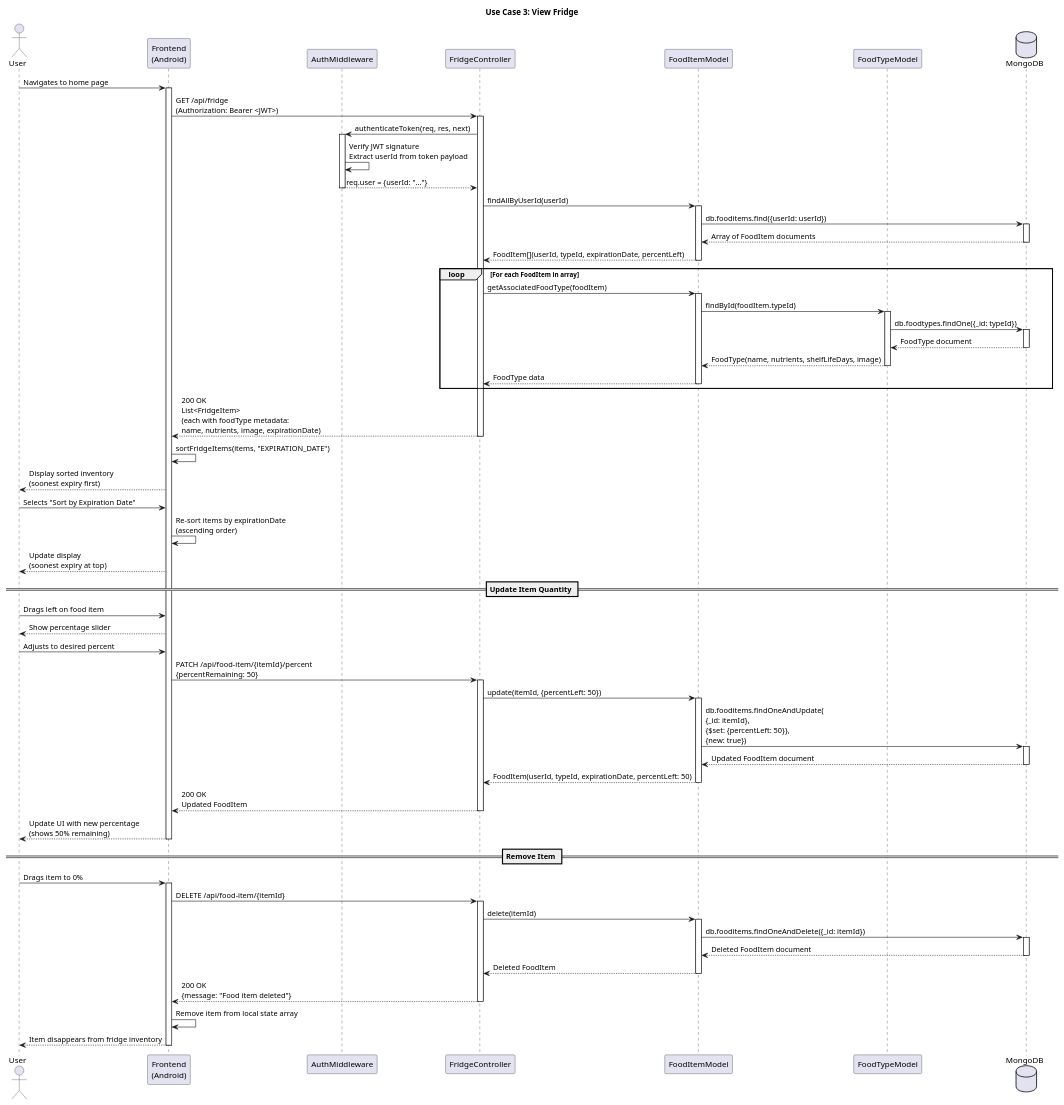
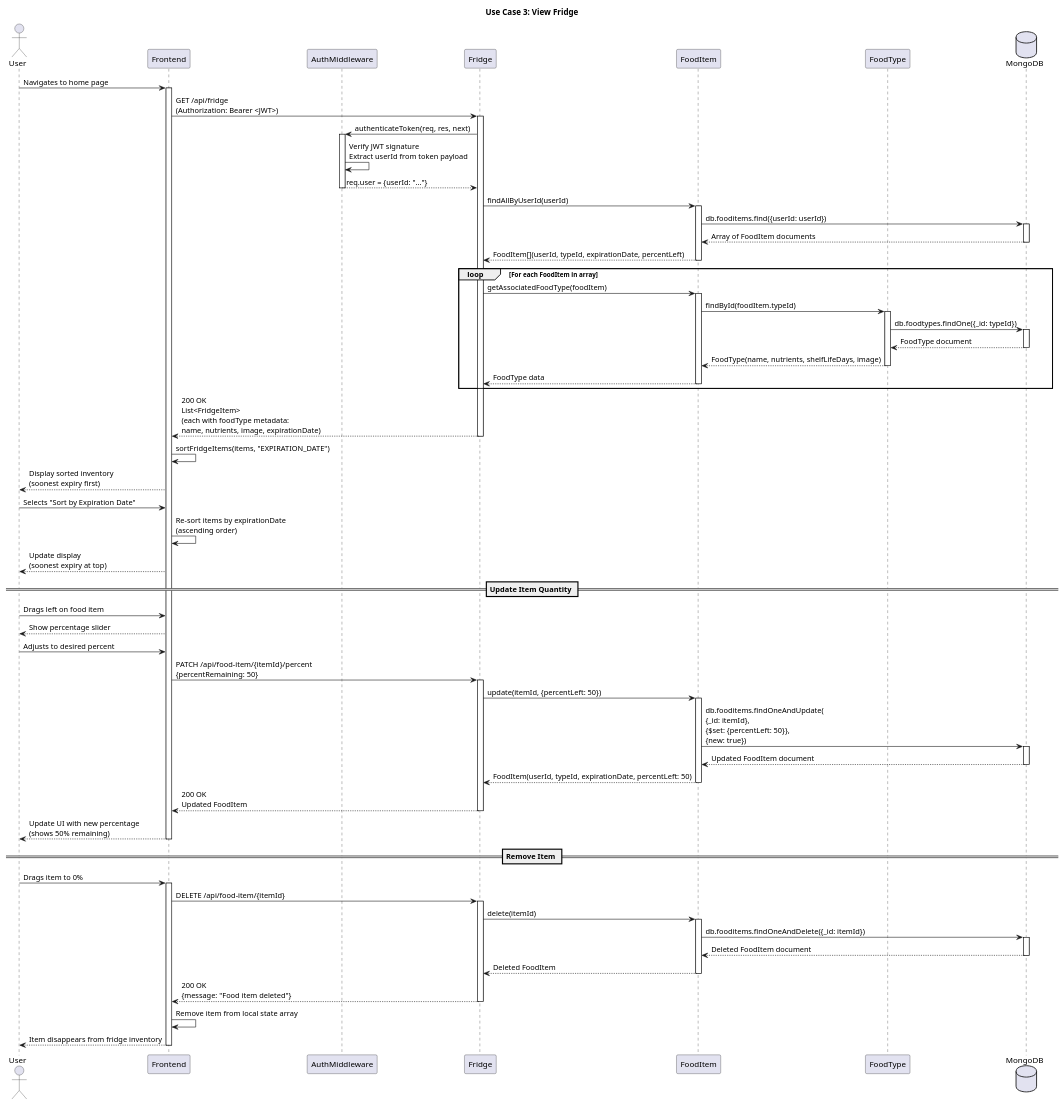
The diagram in documentation/diagrams/viewFridgeDiagram.plantuml (virtualfridge/virtualfridge), drawn with PlantUML before and after one commit. The commit also changed 3 other files, not shown here.

```diff
--- a/documentation/diagrams/viewFridgeDiagram.plantuml
+++ b/documentation/diagrams/viewFridgeDiagram.plantuml
@@ -1,99 +1,99 @@
 @startuml
 title Use Case 3: View Fridge
 
 actor User
-participant "Frontend\n(Android)" as Frontend
+participant "Frontend" as Frontend
 participant "AuthMiddleware" as Auth
-participant "FridgeController" as Controller
-participant "FoodItemModel" as FoodItemModel
-participant "FoodTypeModel" as FoodTypeModel
+participant "Fridge" as Controller
+participant "FoodItem" as FoodItemModel
+participant "FoodType" as FoodTypeModel
 database "MongoDB" as DB
 
 User -> Frontend: Navigates to home page
 activate Frontend
 Frontend -> Controller: GET /api/fridge\n(Authorization: Bearer <JWT>)
 activate Controller
 
 Controller -> Auth: authenticateToken(req, res, next)
 activate Auth
 Auth -> Auth: Verify JWT signature\nExtract userId from token payload
 Auth --> Controller: req.user = {userId: "..."}
 deactivate Auth
 
 Controller -> FoodItemModel: findAllByUserId(userId)
 activate FoodItemModel
 FoodItemModel -> DB: db.fooditems.find({userId: userId})
 activate DB
 DB --> FoodItemModel: Array of FoodItem documents
 deactivate DB
 FoodItemModel --> Controller: FoodItem[](userId, typeId, expirationDate, percentLeft)
 deactivate FoodItemModel
 
 loop For each FoodItem in array
     Controller -> FoodItemModel: getAssociatedFoodType(foodItem)
     activate FoodItemModel
     FoodItemModel -> FoodTypeModel: findById(foodItem.typeId)
     activate FoodTypeModel
     FoodTypeModel -> DB: db.foodtypes.findOne({_id: typeId})
     activate DB
     DB --> FoodTypeModel: FoodType document
     deactivate DB
     FoodTypeModel --> FoodItemModel: FoodType(name, nutrients, shelfLifeDays, image)
     deactivate FoodTypeModel
     FoodItemModel --> Controller: FoodType data
     deactivate FoodItemModel
 end
 
 Controller --> Frontend: 200 OK\nList<FridgeItem>\n(each with foodType metadata:\nname, nutrients, image, expirationDate)
 deactivate Controller
 
 Frontend -> Frontend: sortFridgeItems(items, "EXPIRATION_DATE")
 Frontend --> User: Display sorted inventory\n(soonest expiry first)
 
 User -> Frontend: Selects "Sort by Expiration Date"
 Frontend -> Frontend: Re-sort items by expirationDate\n(ascending order)
 Frontend --> User: Update display\n(soonest expiry at top)
 
 == Update Item Quantity ==
 User -> Frontend: Drags left on food item
 Frontend --> User: Show percentage slider
 User -> Frontend: Adjusts to desired percent
 Frontend -> Controller: PATCH /api/food-item/{itemId}/percent\n{percentRemaining: 50}
 activate Controller
 
 Controller -> FoodItemModel: update(itemId, {percentLeft: 50})
 activate FoodItemModel
 FoodItemModel -> DB: db.fooditems.findOneAndUpdate(\n{_id: itemId},\n{$set: {percentLeft: 50}},\n{new: true})
 activate DB
 DB --> FoodItemModel: Updated FoodItem document
 deactivate DB
 FoodItemModel --> Controller: FoodItem(userId, typeId, expirationDate, percentLeft: 50)
 deactivate FoodItemModel
 
 Controller --> Frontend: 200 OK\nUpdated FoodItem
 deactivate Controller
 Frontend --> User: Update UI with new percentage\n(shows 50% remaining)
 deactivate Frontend
 
 == Remove Item ==
 User -> Frontend: Drags item to 0%
 activate Frontend
 Frontend -> Controller: DELETE /api/food-item/{itemId}
 activate Controller
 
 Controller -> FoodItemModel: delete(itemId)
 activate FoodItemModel
 FoodItemModel -> DB: db.fooditems.findOneAndDelete({_id: itemId})
 activate DB
 DB --> FoodItemModel: Deleted FoodItem document
 deactivate DB
 FoodItemModel --> Controller: Deleted FoodItem
 deactivate FoodItemModel
 
 Controller --> Frontend: 200 OK\n{message: "Food item deleted"}
 deactivate Controller
 Frontend -> Frontend: Remove item from local state array
 Frontend --> User: Item disappears from fridge inventory
 deactivate Frontend
 
 @enduml
```
